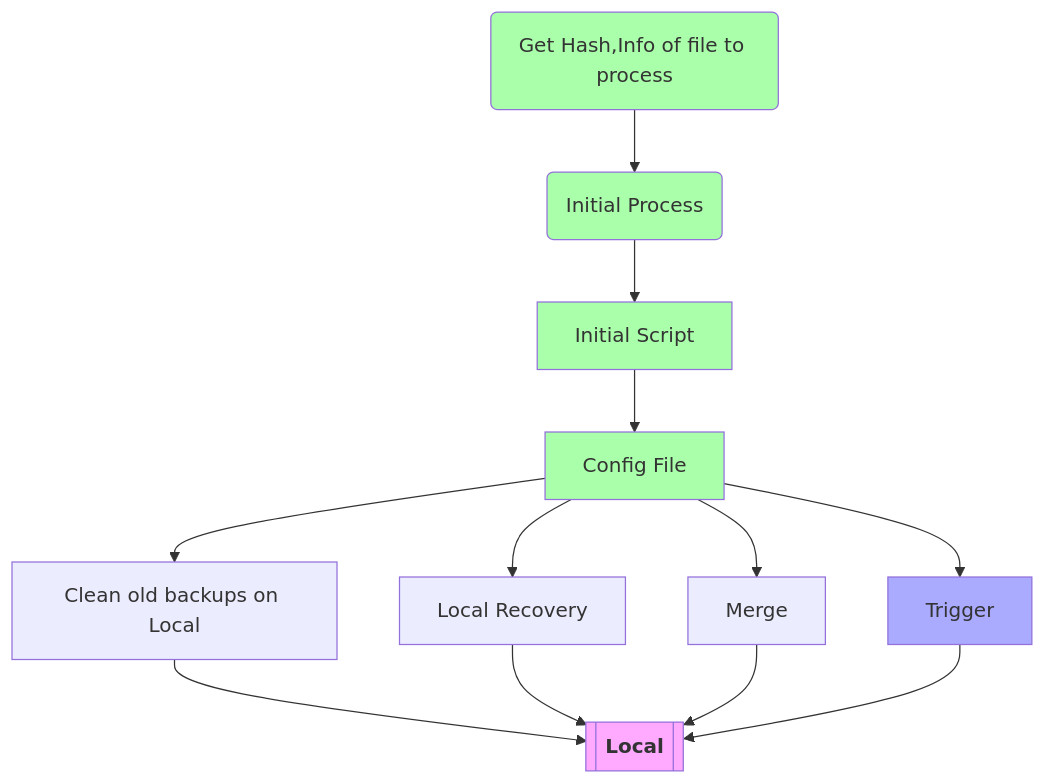
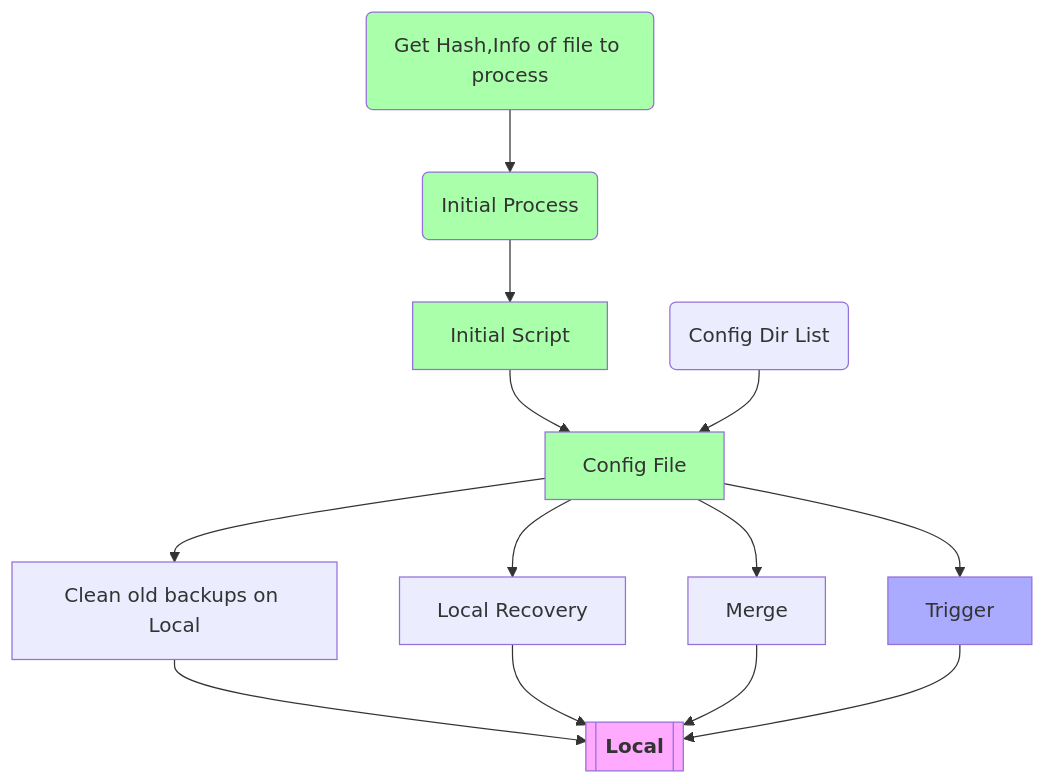
One commit to clintwebb/bakker changed the first of 6 diagrams in notes/plan.md. Above: the diagram before and after it, drawn with Mermaid.

Commit message:
Plan Config FIle

````diff
--- a/notes/plan.md
+++ b/notes/plan.md
@@ -3,35 +3,39 @@
 ```mermaid
 flowchart TD;
     %% To mark an item as completed (afa=green, faf=purple, aaf=blue)
     %% style EXAMPLE fill:#afa
 
     %% To provide a link
     %% A[<a href='https://google.com'>works</a>]
     %%--------------
 
     %% Completed (#afa)
     style FEAT_INIT fill:#afa
     style FUNC_HASH fill:#afa
     style FUNC_PROCESS fill:#afa
     style FEAT_CONFIG fill:#afa
 
     %% Active (#aaf)
     style FEAT_TRIGGER fill:#aaf
 
     FUNC_HASH(Get Hash,Info of file to process) -->
     FUNC_PROCESS(Initial Process) -->
 
     %% Init Script that can handle the basics of local backups.
     FEAT_INIT[Initial Script] --> FEAT_CONFIG
 
+    FEAT_CONF_DIRLIST(Config Dir List) --> FEAT_CONFIG
+
+
+
     FEAT_CONFIG[Config File] -->
     FEAT_LOCAL_CLEAN[Clean old backups on Local] --> TARGET
     FEAT_CONFIG --> FEAT_LOCAL_RECOVER[Local Recovery] --> TARGET
     FEAT_CONFIG --> FEAT_MERGE[Merge] --> TARGET
 
     %% Trigger is the ability to perform some actions when triggering the backup.
     FEAT_CONFIG --> FEAT_TRIGGER[Trigger] --> TARGET
 
     TARGET[["`**Local**`"]]
     style TARGET fill:#faf
 ```
````
